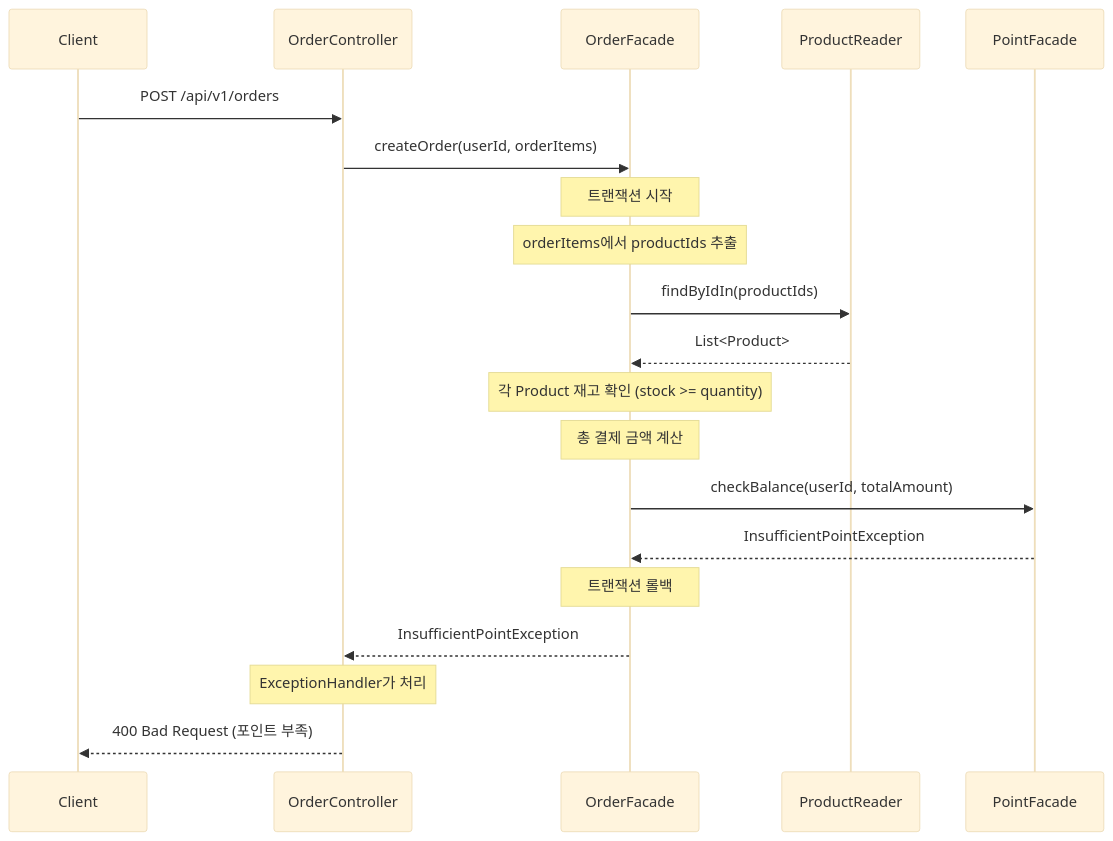
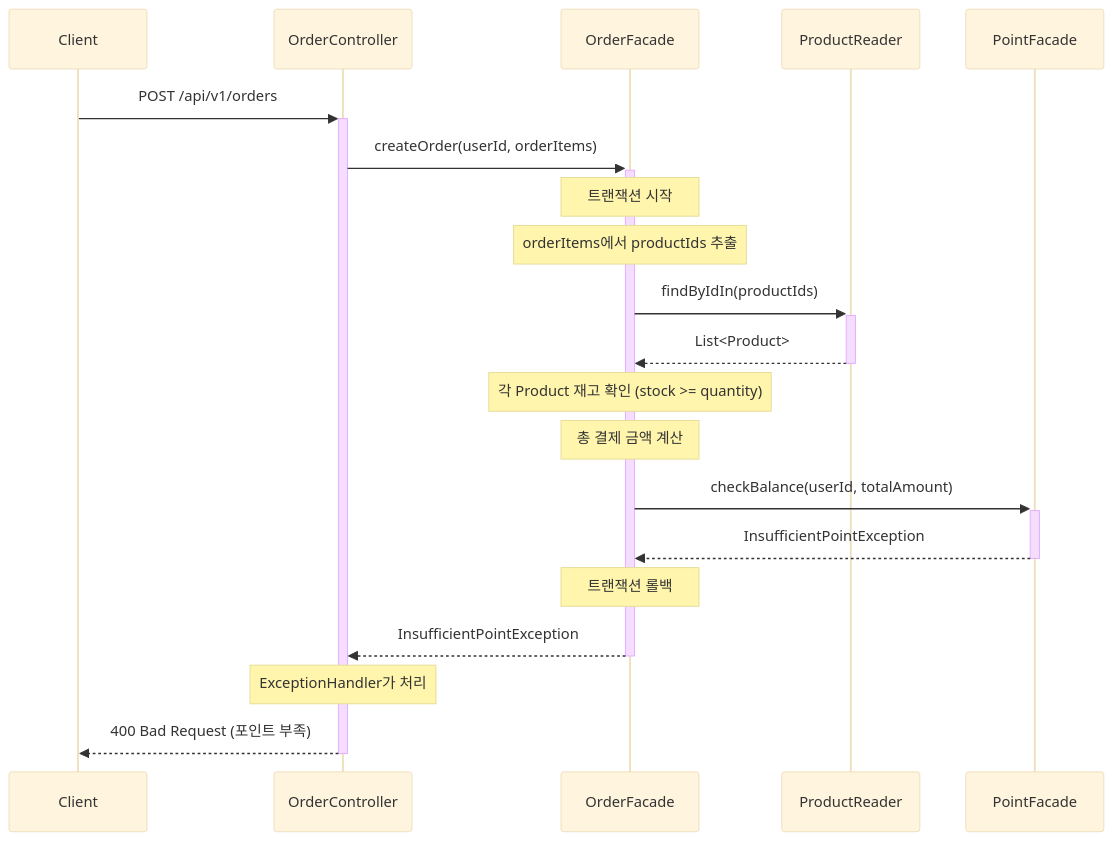
Diagram 13 of 16 in docs/week2/02-sequence-diagrams.md (Loopers-dev-lab/loopers-spring-java-template), drawn with Mermaid (base theme) before and after one commit. The commit also changed other lines of this file, not shown here.

Commit message:
docs: 시퀀스 다이어그램 activation bar 추가

````diff
--- a/docs/week2/02-sequence-diagrams.md
+++ b/docs/week2/02-sequence-diagrams.md
@@ -553,30 +557,30 @@
 ```mermaid
 sequenceDiagram
     participant Client
     participant OrderController
     participant OrderFacade
     participant ProductReader
     participant PointFacade
 
-    Client->>OrderController: POST /api/v1/orders
+    Client->>+OrderController: POST /api/v1/orders
 
-    OrderController->>OrderFacade: createOrder(userId, orderItems)
+    OrderController->>+OrderFacade: createOrder(userId, orderItems)
 
     Note over OrderFacade: 트랜잭션 시작
 
     Note over OrderFacade: orderItems에서 productIds 추출
-    OrderFacade->>ProductReader: findByIdIn(productIds)
-    ProductReader-->>OrderFacade: List<Product>
+    OrderFacade->>+ProductReader: findByIdIn(productIds)
+    ProductReader-->>-OrderFacade: List<Product>
 
     Note over OrderFacade: 각 Product 재고 확인 (stock >= quantity)
     Note over OrderFacade: 총 결제 금액 계산
 
-    OrderFacade->>PointFacade: checkBalance(userId, totalAmount)
-    PointFacade-->>OrderFacade: InsufficientPointException
+    OrderFacade->>+PointFacade: checkBalance(userId, totalAmount)
+    PointFacade-->>-OrderFacade: InsufficientPointException
 
     Note over OrderFacade: 트랜잭션 롤백
 
-    OrderFacade-->>OrderController: InsufficientPointException
+    OrderFacade-->>-OrderController: InsufficientPointException
     Note over OrderController: ExceptionHandler가 처리
-    OrderController-->>Client: 400 Bad Request (포인트 부족)
+    OrderController-->>-Client: 400 Bad Request (포인트 부족)
 ```
````
